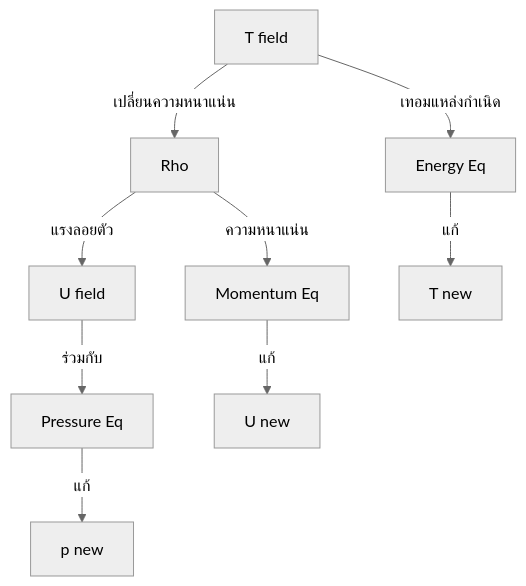
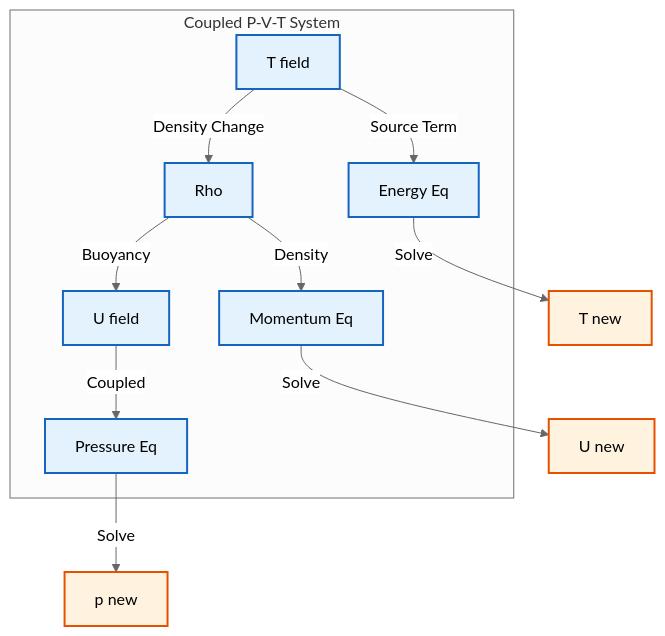
Before and after one commit to wramet/build-my-cfd: the diagram in MODULE_03_SINGLE_PHASE_FLOW/CONTENT/04_HEAT_TRANSFER/01_Energy_Equation_Fundamentals.md, drawn with Mermaid (neutral theme). The commit also changed 313 other files, not shown here.

Commit message:
Revise all diagram

````diff
--- a/MODULE_03_SINGLE_PHASE_FLOW/CONTENT/04_HEAT_TRANSFER/01_Energy_Equation_Fundamentals.md
+++ b/MODULE_03_SINGLE_PHASE_FLOW/CONTENT/04_HEAT_TRANSFER/01_Energy_Equation_Fundamentals.md
@@ -380,11 +380,17 @@
 ```mermaid
 flowchart TD
-    A[U field] -->|ร่วมกับ| B[Pressure Eq]
-    C[T field] -->|เปลี่ยนความหนาแน่น| D[Rho]
-    D -->|แรงลอยตัว| A
-    D -->|ความหนาแน่น| E[Momentum Eq]
-    C -->|เทอมแหล่งกำเนิด| F[Energy Eq]
-    E -->|แก้| G[U new]
-    B -->|แก้| H[p new]
-    F -->|แก้| I[T new]
+%% Classes
+classDef explicit fill:#fff3e0,stroke:#e65100,stroke-width:2px;
+classDef implicit fill:#e3f2fd,stroke:#1565c0,stroke-width:2px;
+%% Nodes
+subgraph CoupledSystem["Coupled P-V-T System"]
+    A[U field]:::implicit -->|Coupled| B[Pressure Eq]:::implicit
+    C[T field]:::implicit -->|Density Change| D[Rho]:::implicit
+    D -->|Buoyancy| A
+    D -->|Density| E[Momentum Eq]:::implicit
+    C -->|Source Term| F[Energy Eq]:::implicit
+end
+E -->|Solve| G[U new]:::explicit
+B -->|Solve| H[p new]:::explicit
+F -->|Solve| I[T new]:::explicit
 ```
````
